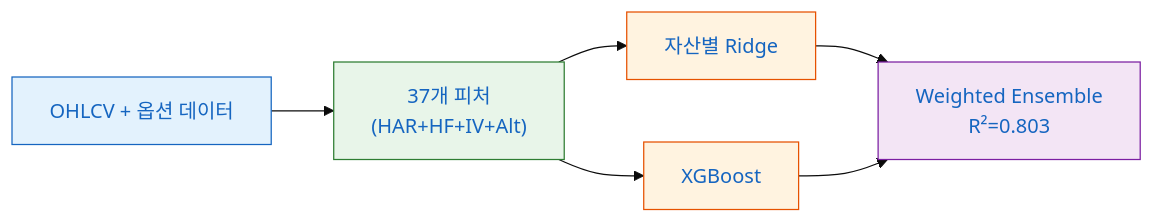
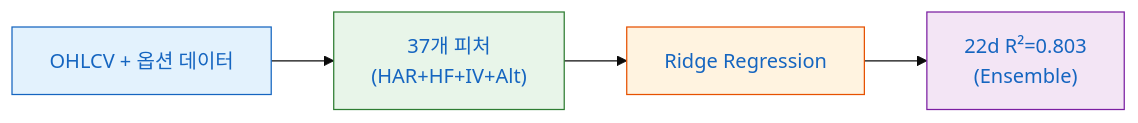
The second of 2 diagrams in experiments/phase13_model_comparison.qmd (15tkdgns/vrp-paper), drawn with Mermaid before and after one commit. The commit also changed other lines of this file and 347 other files, not shown here.

````diff
--- a/experiments/phase13_model_comparison.qmd
+++ b/experiments/phase13_model_comparison.qmd
@@ -130,14 +135,12 @@
 ```{mermaid}
 %%{init: {'theme': 'base', 'themeVariables': { 'primaryColor': '#E3F2FD', 'primaryTextColor': '#1565C0'}}}%%
 flowchart LR
     A["OHLCV + 옵션 데이터"] --> B["37개 피처\n(HAR+HF+IV+Alt)"]
-    B --> C["자산별 Ridge"]
-    B --> D["XGBoost"]
-    C & D --> E["Weighted Ensemble\nR²=0.803"]
+    B --> C["Ridge Regression"]
+    C --> D["22d R²=0.803\n(Ensemble)"]
 
     style A fill:#E3F2FD,stroke:#1565C0
     style B fill:#E8F5E9,stroke:#2E7D32
     style C fill:#FFF3E0,stroke:#E65100
-    style D fill:#FFF3E0,stroke:#E65100
-    style E fill:#F3E5F5,stroke:#7B1FA2
+    style D fill:#F3E5F5,stroke:#7B1FA2
 ```
````
